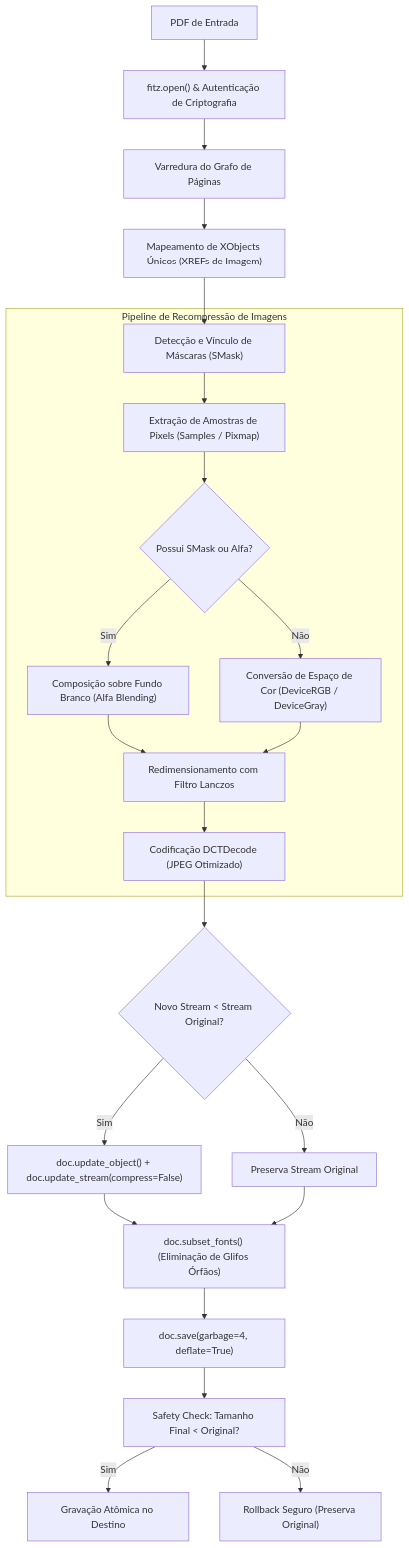
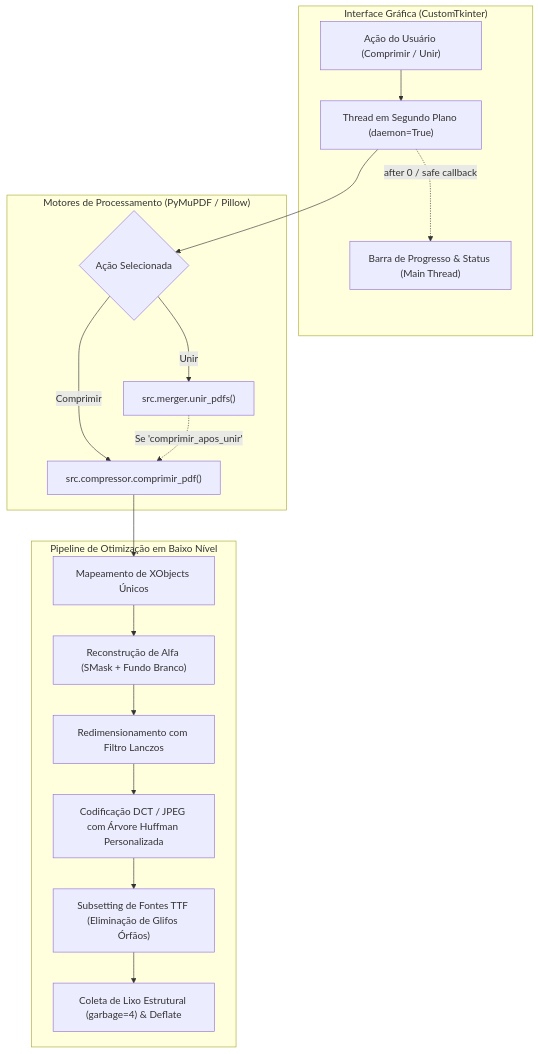
The diagram in docs/README.md (Luan-bs/suite-pdf), drawn with Mermaid before and after one commit. The commit also changed other lines of this file and 16 other files, not shown here.

First line of the commit message:
feat: Implement main entry point for PDF Compressor & Merger with CLI and GUI support

````diff
--- a/docs/README.md
+++ b/docs/README.md
@@ -11,28 +11,24 @@
 ```mermaid
 flowchart TD
-    A["PDF de Entrada"] --> B["fitz.open() & Autenticação de Criptografia"]
-    B --> C["Varredura do Grafo de Páginas"]
-    C --> D["Mapeamento de XObjects Únicos (XREFs de Imagem)"]
-    D --> E["Detecção e Vínculo de Máscaras (SMask)"]
-    
-    subgraph Otimizacao_Imagens ["Pipeline de Recompressão de Imagens"]
-        E --> F["Extração de Amostras de Pixels (Samples / Pixmap)"]
-        F --> G{"Possui SMask ou Alfa?"}
-        G -- Sim --> H["Composição sobre Fundo Branco (Alfa Blending)"]
-        G -- Não --> I["Conversão de Espaço de Cor (DeviceRGB / DeviceGray)"]
-        H --> J["Redimensionamento com Filtro Lanczos"]
-        I --> J
-        J --> K["Codificação DCTDecode (JPEG Otimizado)"]
+    subgraph UI ["Interface Gráfica (CustomTkinter)"]
+        UserAction["Ação do Usuário (Comprimir / Unir)"]
+        UserAction --> WorkerThread["Thread em Segundo Plano (daemon=True)"]
+        WorkerThread -.->|after 0 / safe callback| ProgressUI["Barra de Progresso & Status (Main Thread)"]
     end
-    
-    K --> L{"Novo Stream < Stream Original?"}
-    L -- Sim --> M["doc.update_object() + doc.update_stream(compress=False)"]
-    L -- Não --> N["Preserva Stream Original"]
-    
-    M --> O["doc.subset_fonts() (Eliminação de Glifos Órfãos)"]
-    N --> O
-    O --> P["doc.save(garbage=4, deflate=True)"]
-    P --> Q["Safety Check: Tamanho Final < Original?"]
-    Q -- Sim --> R["Gravação Atômica no Destino"]
-    Q -- Não --> S["Rollback Seguro (Preserva Original)"]
+
+    subgraph CoreEngine ["Motores de Processamento (PyMuPDF / Pillow)"]
+        WorkerThread --> Choice{"Ação Selecionada"}
+        Choice -- Comprimir --> CompEngine["src.compressor.comprimir_pdf()"]
+        Choice -- Unir --> MergeEngine["src.merger.unir_pdfs()"]
+        MergeEngine -.->|Se 'comprimir_apos_unir'| CompEngine
+    end
+
+    subgraph OptimPipeline ["Pipeline de Otimização em Baixo Nível"]
+        CompEngine --> A["Mapeamento de XObjects Únicos"]
+        A --> B["Reconstrução de Alfa (SMask + Fundo Branco)"]
+        B --> C["Redimensionamento com Filtro Lanczos"]
+        C --> D["Codificação DCT / JPEG com Árvore Huffman Personalizada"]
+        D --> E["Subsetting de Fontes TTF (Eliminação de Glifos Órfãos)"]
+        E --> F["Coleta de Lixo Estrutural (garbage=4) & Deflate"]
+    end
 ```
````
